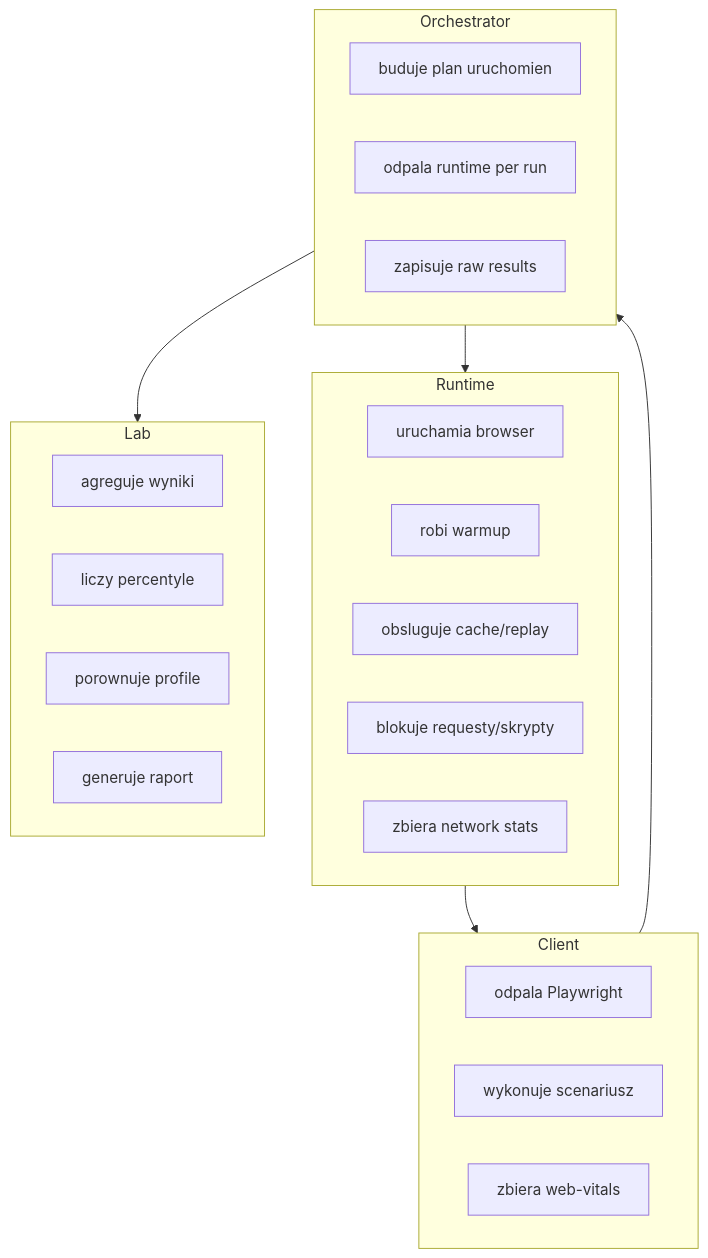
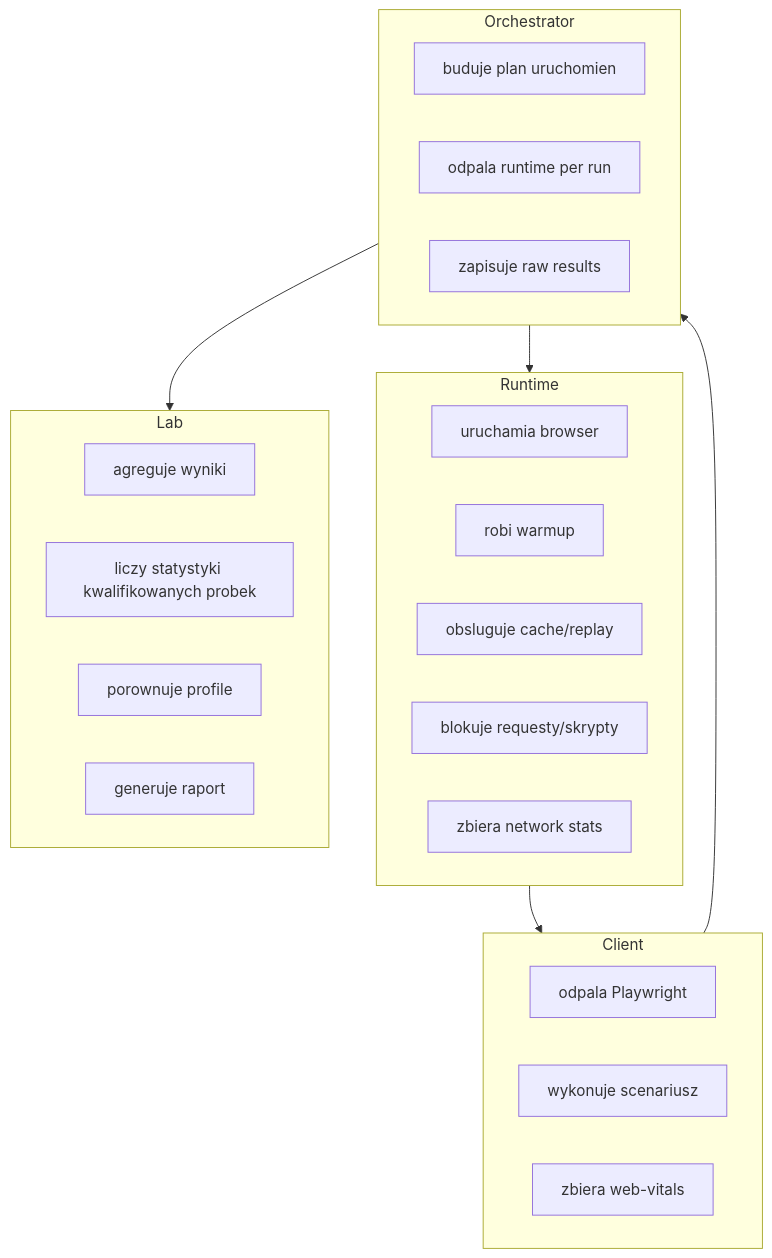
One commit to Gitarzysta92/cwv-inp-testbench changed the second of 3 diagrams in README.md. Above: the diagram before and after it, drawn with Mermaid. The commit also changed other lines of this file and 40 other files, not shown here.

````diff
--- a/README.md
+++ b/README.md
@@ -46,34 +46,34 @@
 ```mermaid
 flowchart TB
   subgraph Runtime
     R1["uruchamia browser"]
     R2["robi warmup"]
     R3["obsluguje cache/replay"]
     R4["blokuje requesty/skrypty"]
     R5["zbiera network stats"]
   end
 
   subgraph Client
     C1["odpala Playwright"]
     C2["wykonuje scenariusz"]
     C3["zbiera web-vitals"]
   end
 
   subgraph Orchestrator
     O1["buduje plan uruchomien"]
     O2["odpala runtime per run"]
     O3["zapisuje raw results"]
   end
 
   subgraph Lab
     L1["agreguje wyniki"]
-    L2["liczy percentyle"]
+    L2["liczy statystyki kwalifikowanych probek"]
     L3["porownuje profile"]
     L4["generuje raport"]
   end
 
   Orchestrator --> Runtime
   Runtime --> Client
   Client --> Orchestrator
   Orchestrator --> Lab
 ```
````
